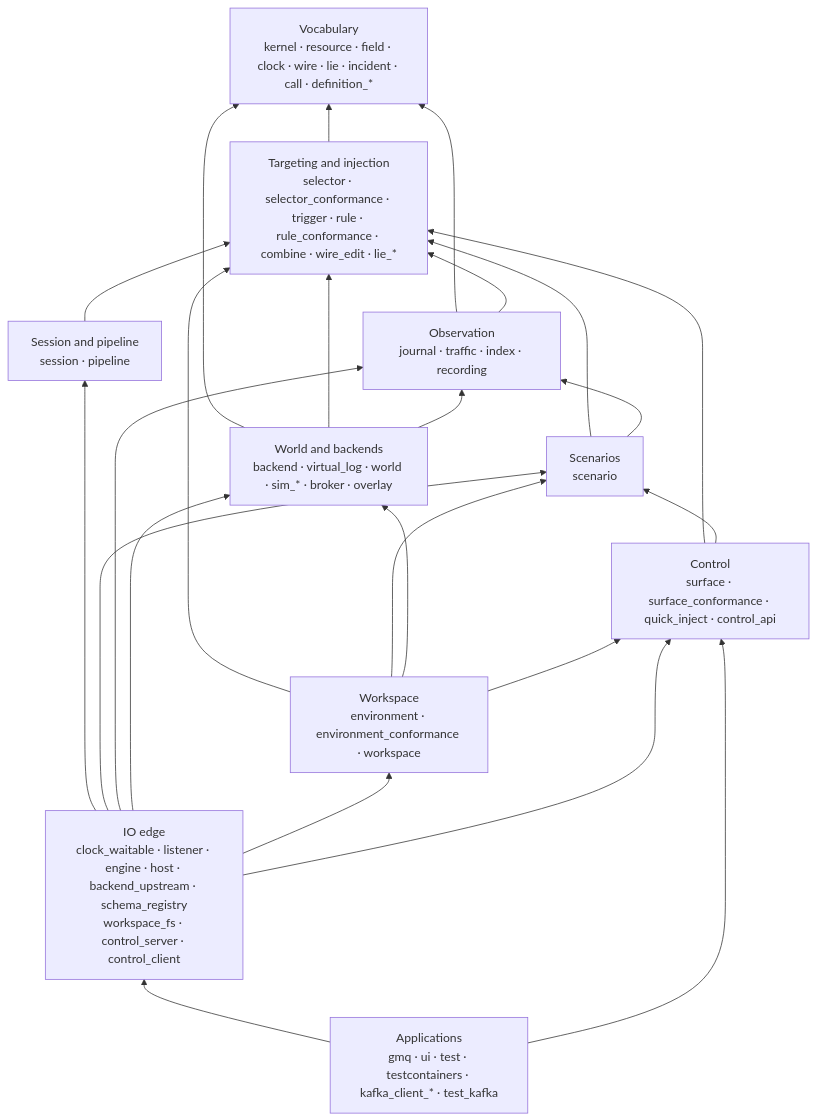
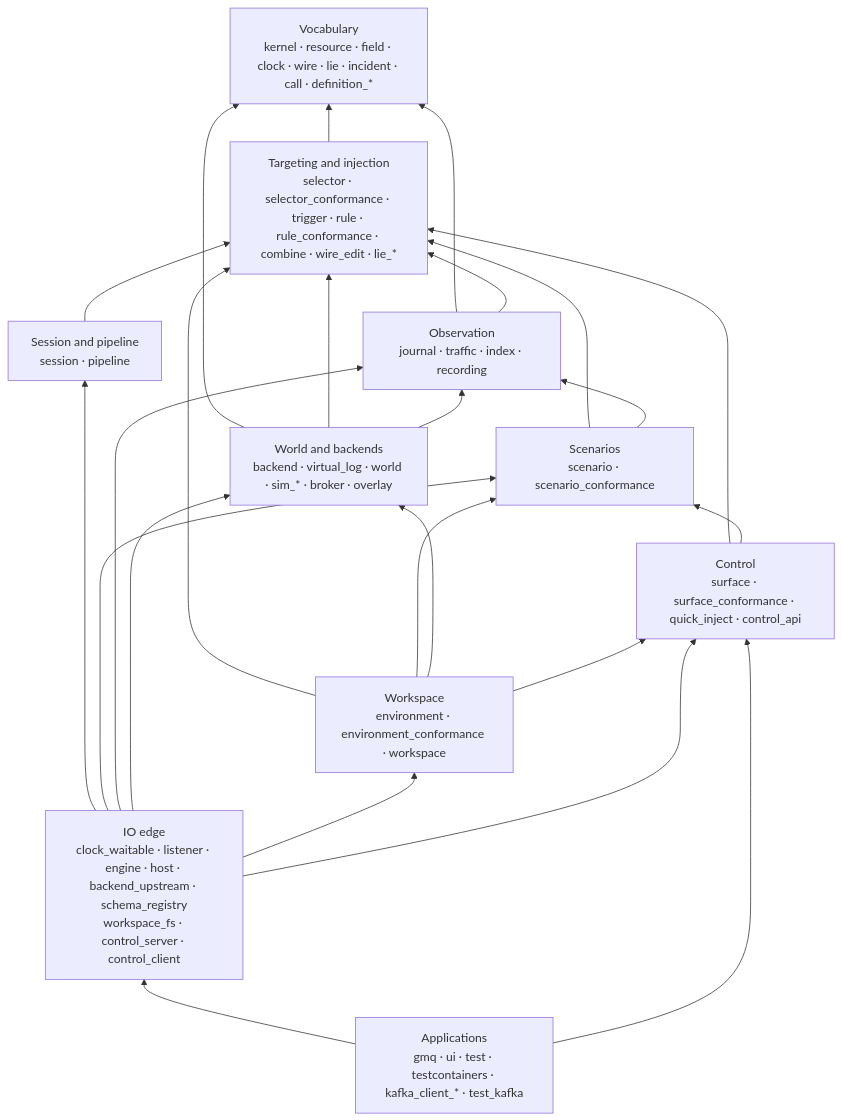
One commit to cruxy-eu/gaslightmq changed the diagram in docs/specs/architecture/crates.md. Above: the diagram before and after it, drawn with Mermaid. The commit also changed other lines of this file and 14 other files, not shown here.

````diff
--- a/docs/specs/architecture/crates.md
+++ b/docs/specs/architecture/crates.md
@@ -251,37 +251,37 @@
 ```mermaid
 flowchart BT
   V["Vocabulary<br/>kernel · resource · field · clock · wire · lie · incident · call · definition_*"]
   T["Targeting and injection<br/>selector · selector_conformance · trigger · rule · rule_conformance · combine · wire_edit · lie_*"]
   P["Session and pipeline<br/>session · pipeline"]
-  S["Scenarios<br/>scenario"]
+  S["Scenarios<br/>scenario · scenario_conformance"]
   O["Observation<br/>journal · traffic · index · recording"]
   W["World and backends<br/>backend · virtual_log · world · sim_* · broker · overlay"]
   F["Workspace<br/>environment · environment_conformance · workspace"]
   C["Control<br/>surface · surface_conformance · quick_inject · control_api"]
   IO["IO edge<br/>clock_waitable · listener · engine · host · backend_upstream · schema_registry<br/>workspace_fs · control_server · control_client"]
   A["Applications<br/>gmq · ui · test · testcontainers · kafka_client_* · test_kafka"]
 
   T --> V
   P --> T
   S --> T
   S --> O
   O --> V
   O --> T
   W --> V
   W --> T
   W --> O
   F --> T
   F --> S
   F --> W
   F --> C
   C --> T
   C --> S
   IO --> P
   IO --> S
   IO --> O
   IO --> W
   IO --> F
   IO --> C
   A --> IO
   A --> C
 ```
````
